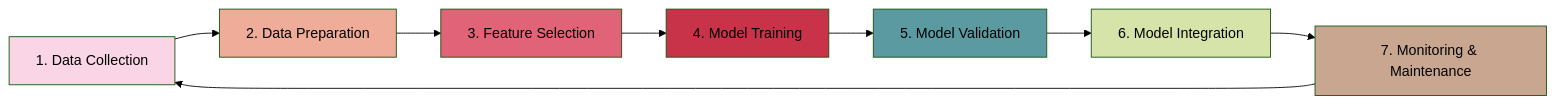
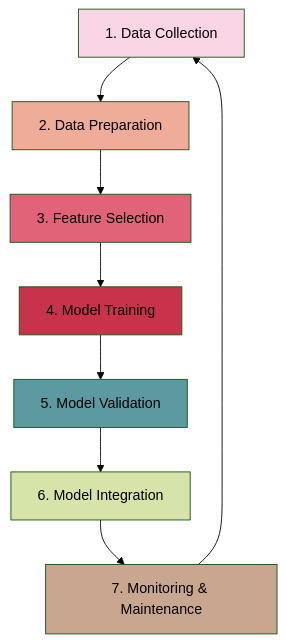
Before and after one commit to entelecheia/lecture: the diagram in book/lectures/mlops/intro.md, drawn with Mermaid (forest theme).

Commit message:
chore: center align of mermaid diagram

````diff
--- a/book/lectures/mlops/intro.md
+++ b/book/lectures/mlops/intro.md
@@ -11,18 +11,20 @@
 ```{mermaid}
-graph LR
+:align: center
+
+graph TD
 A[1. Data Collection] --> B[2. Data Preparation]
 B --> C[3. Feature Selection]
 C --> D[4. Model Training]
 D --> E[5. Model Validation]
 E --> F[6. Model Integration]
 F --> G[7. Monitoring & Maintenance]
 G --> A
 
 style A fill:#f9d5e5
 style B fill:#eeac99
 style C fill:#e06377
 style D fill:#c83349
 style E fill:#5b9aa0
 style F fill:#d6e4aa
 style G fill:#c9a690
 ```
````
